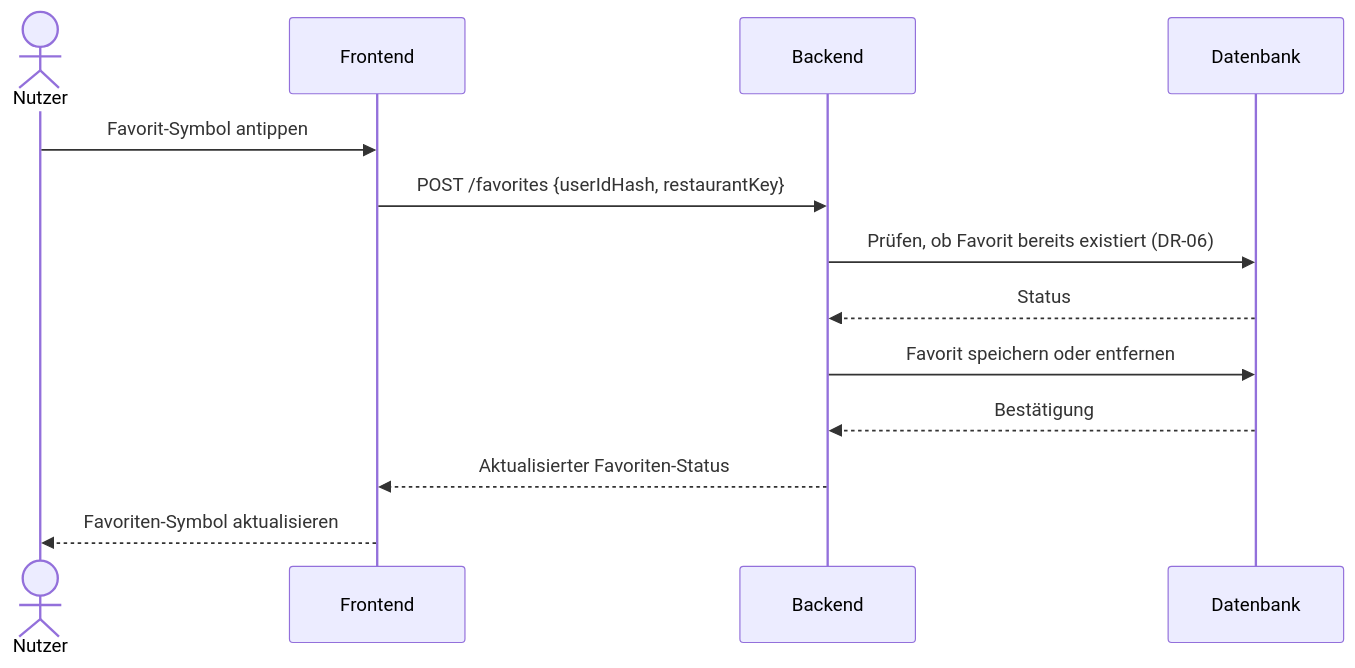
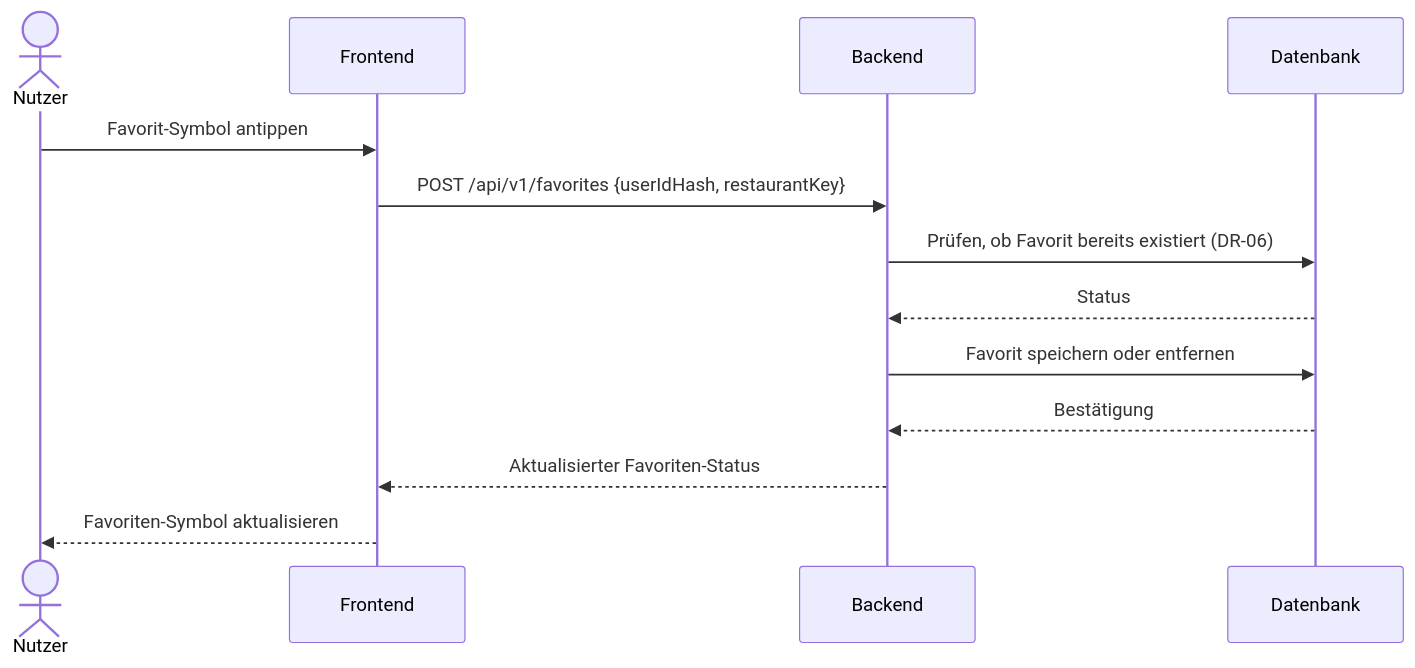
One commit to ahil-trq/thm_wk-1106_food-mood changed the diagram in docs/arch/diagrams/runtime-favorite.mmd. Above: the diagram before and after it, drawn with Mermaid. The commit also changed 18 other files, not shown here.

```diff
--- a/docs/arch/diagrams/runtime-favorite.mmd
+++ b/docs/arch/diagrams/runtime-favorite.mmd
@@ -1,14 +1,14 @@
 sequenceDiagram
     actor Nutzer
     participant Frontend
     participant Backend
     participant DB as Datenbank
 
     Nutzer->>Frontend: Favorit-Symbol antippen
-    Frontend->>Backend: POST /favorites {userIdHash, restaurantKey}
+    Frontend->>Backend: POST /api/v1/favorites {userIdHash, restaurantKey}
     Backend->>DB: Prüfen, ob Favorit bereits existiert (DR-06)
     DB-->>Backend: Status
     Backend->>DB: Favorit speichern oder entfernen
     DB-->>Backend: Bestätigung
     Backend-->>Frontend: Aktualisierter Favoriten-Status
     Frontend-->>Nutzer: Favoriten-Symbol aktualisieren
```
